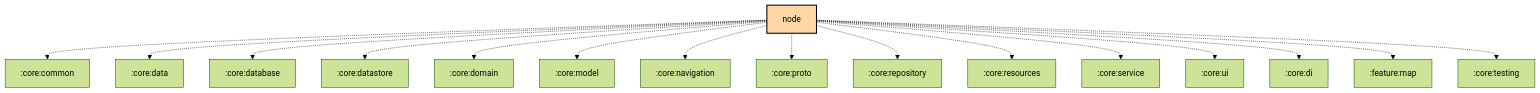
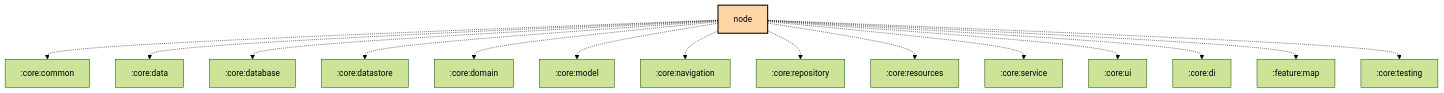
Before and after one commit to meshtastic/Meshtastic-Android: the diagram in feature/node/README.md, drawn with Mermaid (forest theme). The commit also changed 17 other files, not shown here.

First line of the commit message:
chore: Scheduled updates (Firmware, Hardware, Translations, Graphs)

````diff
--- a/feature/node/README.md
+++ b/feature/node/README.md
@@ -27,33 +27,32 @@
 ```mermaid
 graph TB
   :feature:node[node]:::kmp-feature
   :feature:node -.-> :core:common
   :feature:node -.-> :core:data
   :feature:node -.-> :core:database
   :feature:node -.-> :core:datastore
   :feature:node -.-> :core:domain
   :feature:node -.-> :core:model
   :feature:node -.-> :core:navigation
-  :feature:node -.-> :core:proto
   :feature:node -.-> :core:repository
   :feature:node -.-> :core:resources
   :feature:node -.-> :core:service
   :feature:node -.-> :core:ui
   :feature:node -.-> :core:di
   :feature:node -.-> :feature:map
   :feature:node -.-> :core:testing
 
 classDef android-application fill:#CAFFBF,stroke:#000,stroke-width:2px,color:#000;
 classDef android-application-compose fill:#CAFFBF,stroke:#000,stroke-width:2px,color:#000;
 classDef compose-desktop-application fill:#CAFFBF,stroke:#000,stroke-width:2px,color:#000;
 classDef android-feature fill:#FFD6A5,stroke:#000,stroke-width:2px,color:#000;
 classDef android-library fill:#9BF6FF,stroke:#000,stroke-width:2px,color:#000;
 classDef android-library-compose fill:#9BF6FF,stroke:#000,stroke-width:2px,color:#000;
 classDef android-test fill:#A0C4FF,stroke:#000,stroke-width:2px,color:#000;
 classDef jvm-library fill:#BDB2FF,stroke:#000,stroke-width:2px,color:#000;
 classDef kmp-feature fill:#FFD6A5,stroke:#000,stroke-width:2px,color:#000;
 classDef kmp-library-compose fill:#FFC1CC,stroke:#000,stroke-width:2px,color:#000;
 classDef kmp-library fill:#FFC1CC,stroke:#000,stroke-width:2px,color:#000;
 classDef unknown fill:#FFADAD,stroke:#000,stroke-width:2px,color:#000;
 
 ```
````
